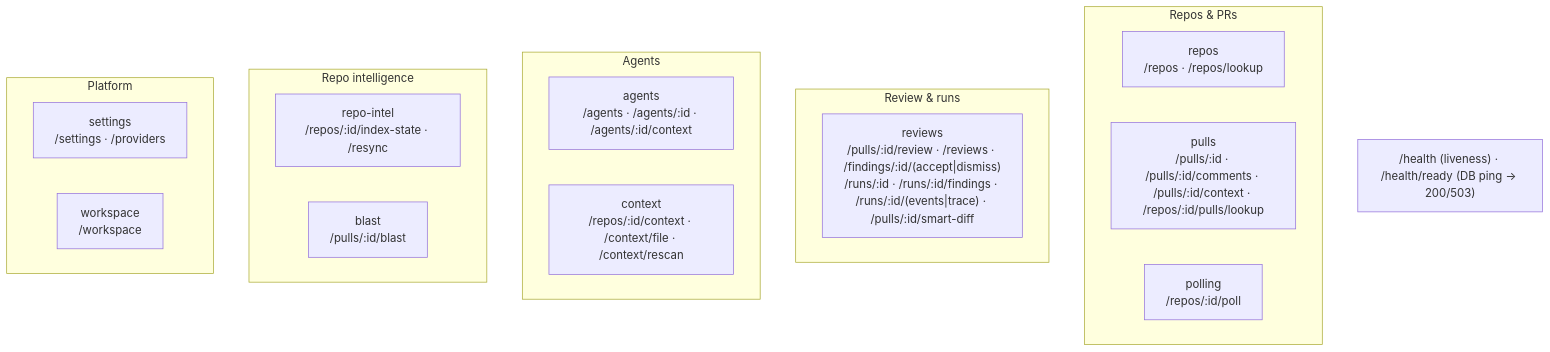
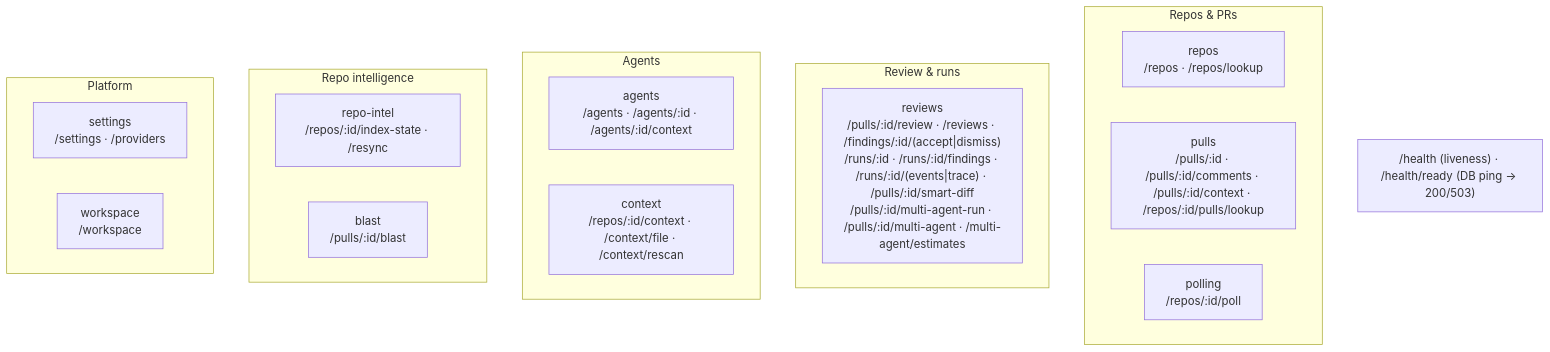
One commit to asf-harlock/dev-digest changed the second of 2 diagrams in server/README.md. Above: the diagram before and after it, drawn with Mermaid. The commit also changed other lines of this file and 108 other files, not shown here.

First line of the commit message:
feat(multi-agent): parallel multi-agent review with live statuses

````diff
--- a/server/README.md
+++ b/server/README.md
@@ -66,24 +66,24 @@
 ```mermaid
 flowchart TB
   subgraph Repos_PRs["Repos & PRs"]
     repos["repos<br/>/repos · /repos/lookup"]
     pulls["pulls<br/>/pulls/:id · /pulls/:id/comments · /pulls/:id/context · /repos/:id/pulls/lookup"]
     polling["polling<br/>/repos/:id/poll"]
   end
   subgraph Review["Review & runs"]
-    reviews["reviews<br/>/pulls/:id/review · /reviews · /findings/:id/(accept|dismiss)<br/>/runs/:id · /runs/:id/findings · /runs/:id/(events|trace) · /pulls/:id/smart-diff"]
+    reviews["reviews<br/>/pulls/:id/review · /reviews · /findings/:id/(accept|dismiss)<br/>/runs/:id · /runs/:id/findings · /runs/:id/(events|trace) · /pulls/:id/smart-diff<br/>/pulls/:id/multi-agent-run · /pulls/:id/multi-agent · /multi-agent/estimates"]
   end
   subgraph Agents["Agents"]
     agents["agents<br/>/agents · /agents/:id · /agents/:id/context"]
     context["context<br/>/repos/:id/context · /context/file · /context/rescan"]
   end
   subgraph Intel["Repo intelligence"]
     repoIntel["repo-intel<br/>/repos/:id/index-state · /resync"]
     blast["blast<br/>/pulls/:id/blast"]
   end
   subgraph Platform["Platform"]
     settings["settings<br/>/settings · /providers"]
     workspace["workspace<br/>/workspace"]
   end
   HEALTH["/health (liveness) · /health/ready (DB ping → 200/503)"]
 ```
````
